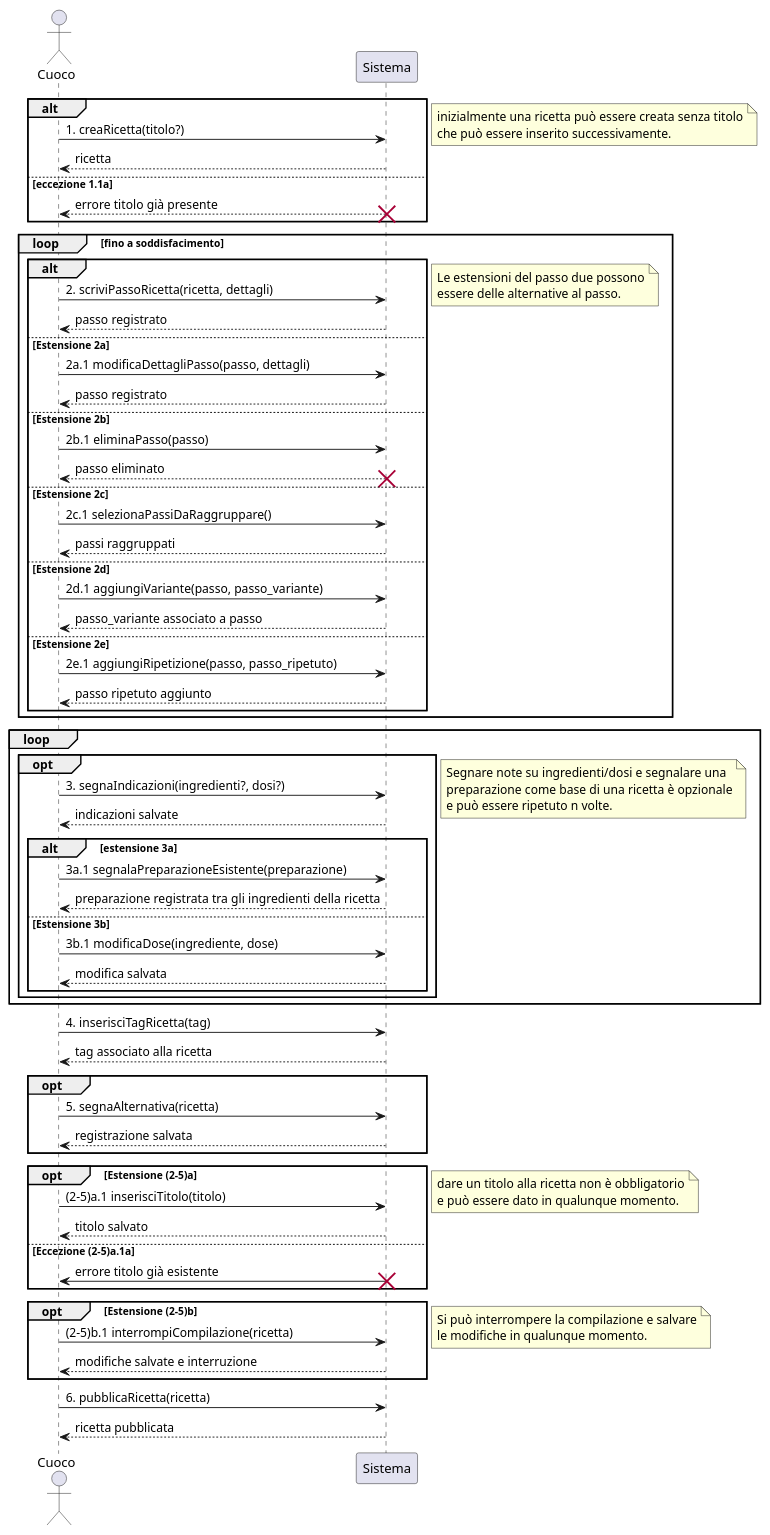
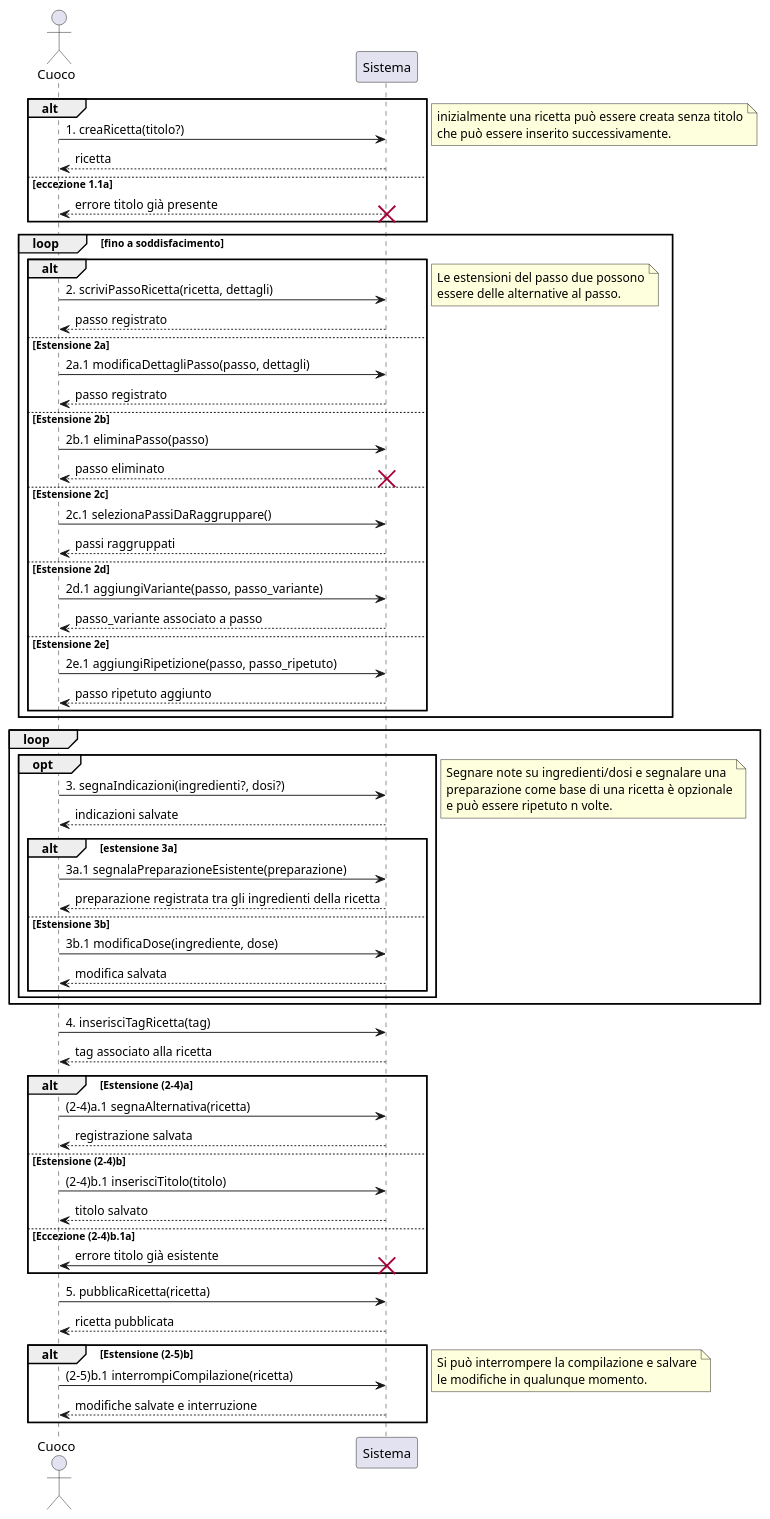
One commit to m0canu1/sas changed the diagram in ssd/ssd-ricette.md. Above: the diagram before and after it, drawn with PlantUML. The commit also changed 1 other file, not shown here.

Commit message:
ssd aggiornati

````diff
--- a/ssd/ssd-ricette.md
+++ b/ssd/ssd-ricette.md
@@ -1,80 +1,79 @@
 ```plantuml
 
 actor Cuoco
 participant Sistema
 
 alt 
 Cuoco -> Sistema : 1. creaRicetta(titolo?)
 	Sistema --> Cuoco : ricetta
 else eccezione 1.1a
 	Sistema --> Cuoco : errore titolo già presente
 	destroy Sistema
 end
 note right: inizialmente una ricetta può essere creata senza titolo\nche può essere inserito successivamente.
-loop fino a soddisfacimento 
-		alt 
+ loop fino a soddisfacimento 
+   		alt 
 		Cuoco -> Sistema : 2. scriviPassoRicetta(ricetta, dettagli)
 		Sistema --> Cuoco : passo registrato
-		else Estensione 2a
-			Cuoco -> Sistema: 2a.1 modificaDettagliPasso(passo, dettagli)
-			Sistema --> Cuoco: passo registrato 
-		else Estensione 2b
-			Cuoco -> Sistema: 2b.1 eliminaPasso(passo)
-			Sistema --> Cuoco: passo eliminato
-			destroy Sistema 
-        else Estensione 2c
-            Cuoco -> Sistema: 2c.1 selezionaPassiDaRaggruppare()
-            Sistema --> Cuoco: passi raggruppati
-        else Estensione 2d
-            Cuoco -> Sistema : 2d.1 aggiungiVariante(passo, passo_variante)
-            Sistema --> Cuoco: passo_variante associato a passo
-        else Estensione 2e
-            Cuoco -> Sistema : 2e.1 aggiungiRipetizione(passo, passo_ripetuto)
-            Sistema --> Cuoco: passo ripetuto aggiunto
-        end
-		note right: Le estensioni del passo due possono\nessere delle alternative al passo.
-end
+    		else Estensione 2a
+    			Cuoco -> Sistema: 2a.1 modificaDettagliPasso(passo, dettagli)
+    			Sistema --> Cuoco: passo registrato 
+    		else Estensione 2b
+    			Cuoco -> Sistema: 2b.1 eliminaPasso(passo)
+    			Sistema --> Cuoco: passo eliminato
+    			destroy Sistema 
+            else Estensione 2c
+                Cuoco -> Sistema: 2c.1 selezionaPassiDaRaggruppare()
+                Sistema --> Cuoco: passi raggruppati
+            else Estensione 2d
+                Cuoco -> Sistema : 2d.1 aggiungiVariante(passo, passo_variante)
+                Sistema --> Cuoco: passo_variante associato a passo
+            else Estensione 2e
+                Cuoco -> Sistema : 2e.1 aggiungiRipetizione(passo, passo_ripetuto)
+                Sistema --> Cuoco: passo ripetuto aggiunto
+            end
+    		note right: Le estensioni del passo due possono\nessere delle alternative al passo.
+    end
+    
+    loop
+    	opt	
+    			Cuoco -> Sistema : 3. segnaIndicazioni(ingredienti?, dosi?)
+    			Sistema --> Cuoco : indicazioni salvate
+    			alt estensione 3a 
+                    Cuoco -> Sistema : 3a.1 segnalaPreparazioneEsistente(preparazione)
+    				Sistema --> Cuoco : preparazione registrata tra gli ingredienti della ricetta
+    			else Estensione 3b
+    				Cuoco -> Sistema : 3b.1 modificaDose(ingrediente, dose)
+    				Sistema --> Cuoco: modifica salvata
+    			end
+    	end
+    	note right: Segnare note su ingredienti/dosi e segnalare una\npreparazione come base di una ricetta è opzionale\ne può essere ripetuto n volte.
+    
+    end
+    Cuoco -> Sistema : 4. inserisciTagRicetta(tag)
+    Sistema --> Cuoco : tag associato alla ricetta
 
-loop
-	opt	
-			Cuoco -> Sistema : 3. segnaIndicazioni(ingredienti?, dosi?)
-			Sistema --> Cuoco : indicazioni salvate
-			alt estensione 3a
-				Cuoco -> Sistema : 3a.1 segnalaPreparazioneEsistente(preparazione)
-				Sistema --> Cuoco : preparazione registrata tra gli ingredienti della ricetta
-			else Estensione 3b
-				Cuoco -> Sistema : 3b.1 modificaDose(ingrediente, dose)
-				Sistema --> Cuoco: modifica salvata
-			end
-	end
-	note right: Segnare note su ingredienti/dosi e segnalare una\npreparazione come base di una ricetta è opzionale\ne può essere ripetuto n volte.
+alt Estensione (2-4)a
+    Cuoco -> Sistema : (2-4)a.1 segnaAlternativa(ricetta)
+    Sistema --> Cuoco : registrazione salvata
 
-end
-Cuoco -> Sistema : 4. inserisciTagRicetta(tag)
-Sistema --> Cuoco : tag associato alla ricetta
-
-opt
-    Cuoco -> Sistema : 5. segnaAlternativa(ricetta)
-    Sistema --> Cuoco : registrazione salvata
-end
-
-opt Estensione (2-5)a
-		Cuoco -> Sistema : (2-5)a.1 inserisciTitolo(titolo)
+else Estensione (2-4)b
+		Cuoco -> Sistema : (2-4)b.1 inserisciTitolo(titolo)
 		Sistema --> Cuoco: titolo salvato
-	else Eccezione (2-5)a.1a
+	else Eccezione (2-4)b.1a
 		Sistema -> Cuoco : errore titolo già esistente
 		destroy Sistema
 end
-note right: dare un titolo alla ricetta non è obbligatorio\ne può essere dato in qualunque momento.
 
-opt Estensione (2-5)b
+Cuoco -> Sistema : 5. pubblicaRicetta(ricetta)
+Sistema --> Cuoco : ricetta pubblicata
+
+alt Estensione (2-5)b
 	Cuoco -> Sistema :(2-5)b.1 interrompiCompilazione(ricetta)
 	Sistema --> Cuoco : modifiche salvate e interruzione
 end
 note right: Si può interrompere la compilazione e salvare\nle modifiche in qualunque momento.
 
-Cuoco -> Sistema : 6. pubblicaRicetta(ricetta)
-Sistema --> Cuoco : ricetta pubblicata
 
 
 ```
````
